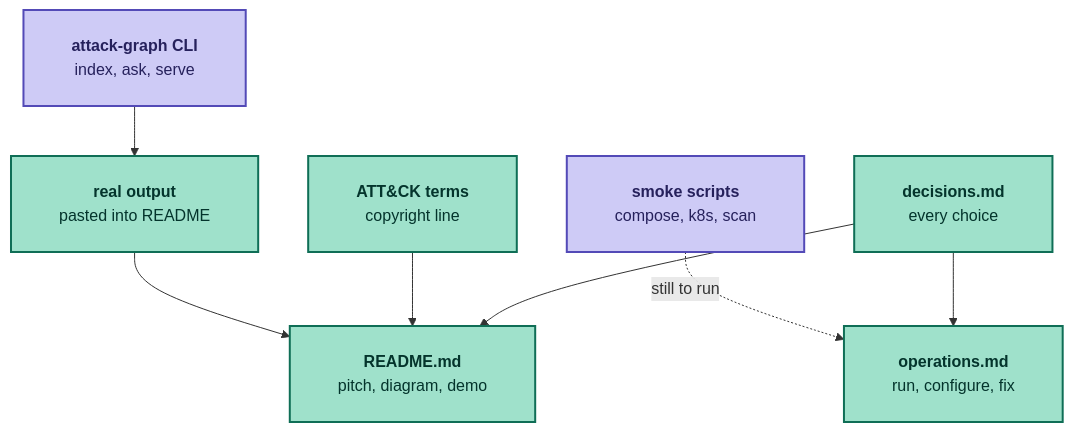
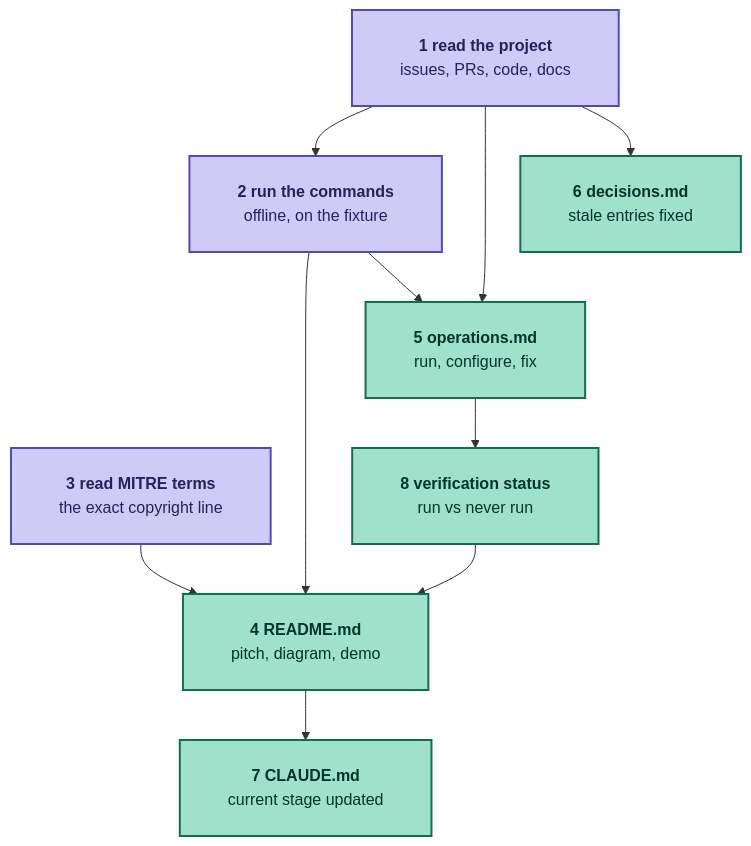
Before and after one commit to jbb-codes/attack-graph-rag: the diagram in docs/learning/issue-13-documentation.md, drawn with Mermaid. The commit also changed other lines of this file, not shown here.

Commit message:
docs(learning): rework issue 13 page around what this issue did
- drop the new-ideas section that repeated the intro
- replace the diagram with the steps taken in this issue, numbered, with a key that fits
- add a numbered explanation under the graph

Closes #13

````diff
--- a/docs/learning/issue-13-documentation.md
+++ b/docs/learning/issue-13-documentation.md
@@ -24,27 +16,30 @@
 ```mermaid
 ---
 config:
   flowchart:
     padding: 24
     wrappingWidth: 300
 ---
 flowchart TD
-  CLI["`**attack-graph CLI**
-  index, ask, serve`"] --> OUT["`**real output**
-  pasted into README`"]
-  OUT --> README["`**README.md**
+  READ["`**1 read the project**
+  issues, PRs, code, docs`"] --> RUN["`**2 run the commands**
+  offline, on the fixture`"]
+  MITRE["`**3 read MITRE terms**
+  the exact copyright line`"] --> README["`**4 README.md**
   pitch, diagram, demo`"]
-  OPS["`**operations.md**
+  RUN --> README
+  READ --> OPS["`**5 operations.md**
   run, configure, fix`"]
-  SMOKE["`**smoke scripts**
-  compose, k8s, scan`"] -.->|"still to run"| OPS
-  TERMS["`**ATT&CK terms**
-  copyright line`"] --> README
-  LOG["`**decisions.md**
-  every choice`"] --> README
-  LOG --> OPS
-  classDef data fill:#9FE1CB,stroke:#0F6E56,stroke-width:2px,color:#04342C
-  classDef code fill:#CECBF6,stroke:#534AB7,stroke-width:2px,color:#26215C
-  class OUT,README,OPS,TERMS,LOG data
-  class CLI,SMOKE code
+  RUN --> OPS
+  READ --> DEC["`**6 decisions.md**
+  stale entries fixed`"]
+  README --> STAT["`**7 CLAUDE.md**
+  current stage updated`"]
+  OPS --> VER["`**8 verification status**
+  run vs never run`"]
+  VER --> README
+  classDef made fill:#9FE1CB,stroke:#0F6E56,stroke-width:2px,color:#04342C
+  classDef source fill:#CECBF6,stroke:#534AB7,stroke-width:2px,color:#26215C
+  class README,OPS,DEC,STAT,VER made
+  class READ,RUN,MITRE source
 ```
````
